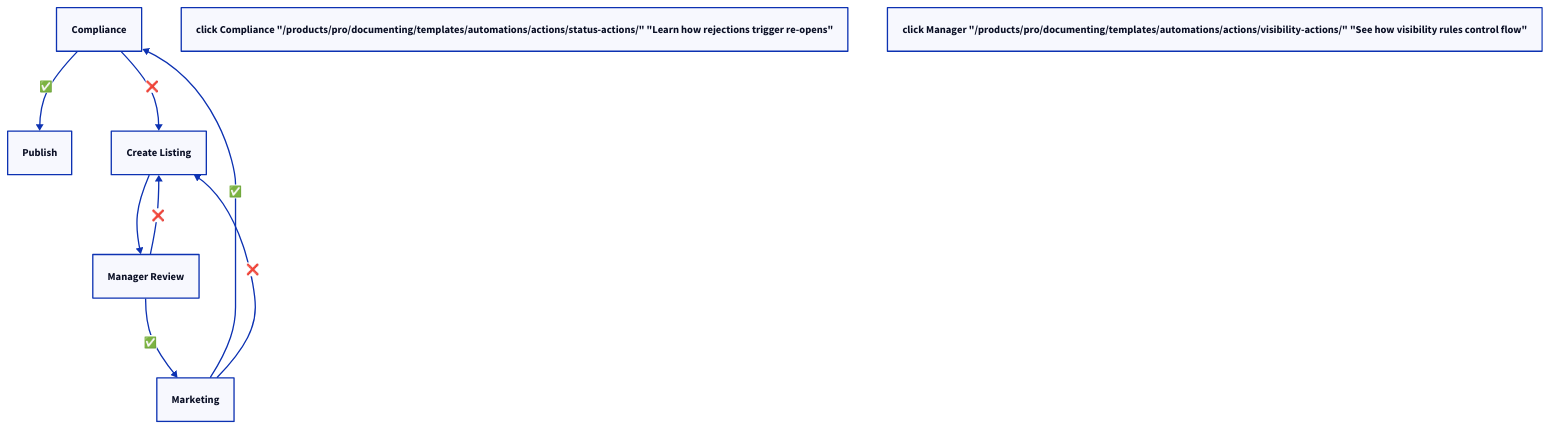
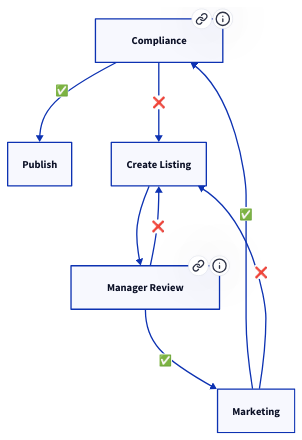
The third of 3 diagrams in src/content/docs/pro/documenting/templates/automations/examples/multi-level-approval-loops.mdx (tallyfy/documentation), drawn with D2 before and after one commit. The commit also changed other lines of this file and 26 other files, not shown here.

````diff
--- a/src/content/docs/pro/documenting/templates/automations/examples/multi-level-approval-loops.mdx
+++ b/src/content/docs/pro/documenting/templates/automations/examples/multi-level-approval-loops.mdx
@@ -187,16 +193,18 @@
 ```d2
 Compliance: "Compliance"
 Marketing: "Marketing"
 Publish: "Publish"
 Agent: "Create Listing"
 Manager: "Manager Review"
 Agent -> Manager
 Manager -> Marketing: "✅"
 Manager -> Agent: "❌"
 Marketing -> Compliance: "✅"
 Marketing -> Agent: "❌"
 Compliance -> Publish: "✅"
 Compliance -> Agent: "❌"
-click Compliance "/products/pro/documenting/templates/automations/actions/status-actions/" "Learn how rejections trigger re-opens"
-click Manager "/products/pro/documenting/templates/automations/actions/visibility-actions/" "See how visibility rules control flow"
+Compliance.link: "/products/pro/documenting/templates/automations/actions/status-actions/"
+Compliance.tooltip: "Learn how rejections trigger re-opens"
+Manager.link: "/products/pro/documenting/templates/automations/actions/visibility-actions/"
+Manager.tooltip: "See how visibility rules control flow"
 ```
````
